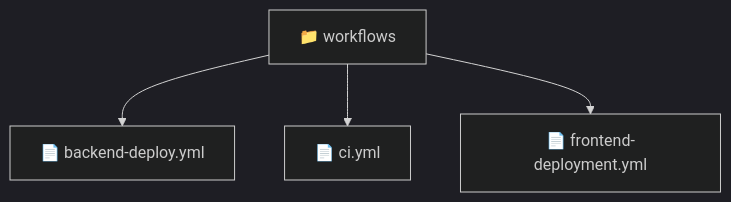
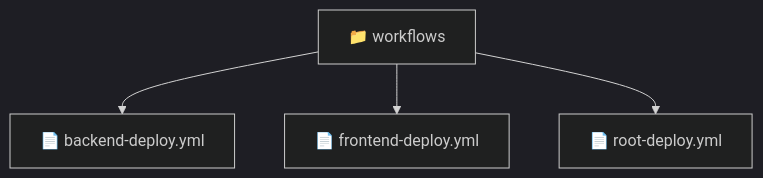
One commit to beginwebdev2002/fullstack-mavluda changed the diagram in .github/workflows/README.md. Above: the diagram before and after it, drawn with Mermaid (dark theme). The commit also changed other lines of this file and 161 other files, not shown here.

First line of the commit message:
docs: generate localized architectural READMEs across all directories

````diff
--- a/.github/workflows/README.md
+++ b/.github/workflows/README.md
@@ -9,7 +9,7 @@
 ```mermaid
 graph TD
   workflows["📁 workflows"]
   workflows --> backend_deploy_yml["📄 backend-deploy.yml"]
-  workflows --> ci_yml["📄 ci.yml"]
-  workflows --> frontend_deployment_yml["📄 frontend-deployment.yml"]
+  workflows --> frontend_deploy_yml["📄 frontend-deploy.yml"]
+  workflows --> root_deploy_yml["📄 root-deploy.yml"]
 ```
````
